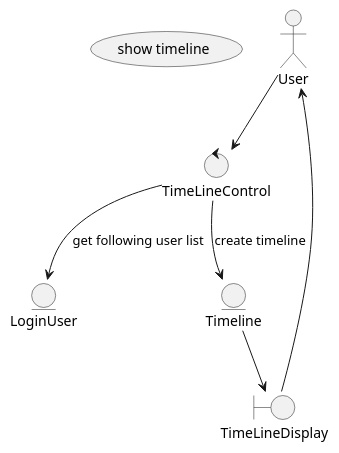
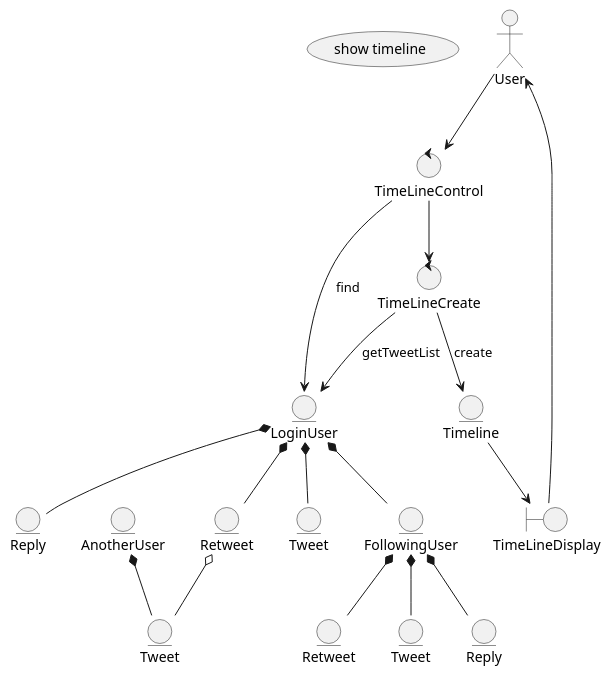
Before and after one commit to m-doi/dddprac-twitter: the diagram in display_timeline.puml, drawn with PlantUML. The commit also changed 1 other file, not shown here.

```diff
--- a/display_timeline.puml
+++ b/display_timeline.puml
@@ -1,19 +1,45 @@
 @startuml
 
 usecase "show timeline" as UC
 actor "User" as US
 
 control TimeLineControl
-entity LoginUser
+control TimeLineCreate
+entity LoginUser as u1
+entity AnotherUser as u2
 entity Timeline
+entity FollowingUser as f1
+entity Tweet as t1
+entity Reply as rep1
+entity Retweet as ret1
+entity Tweet as t2
+entity Tweet as t3
+entity Reply as rep3
+entity Retweet as ret3
+
 boundary TimeLineDisplay
+
+u1 *-- t1
+u1 *-- rep1
+u1 *-- ret1
+u2 *-- t2
+ret1 o-- t2
+f1 *-- t3
+f1 *-- rep3
+f1 *-- ret3
+u1 *-- f1
 
 
 US --> TimeLineControl
-TimeLineControl --> LoginUser : "get following user list"
-TimeLineControl --> Timeline : "create timeline"
+TimeLineControl --> u1 : find
+TimeLineControl --> TimeLineCreate
+TimeLineCreate --> u1 : getTweetList
+TimeLineCreate --> Timeline : create
+
+
+
 Timeline --> TimeLineDisplay
 TimeLineDisplay --> US
 
 
 @enduml
```
